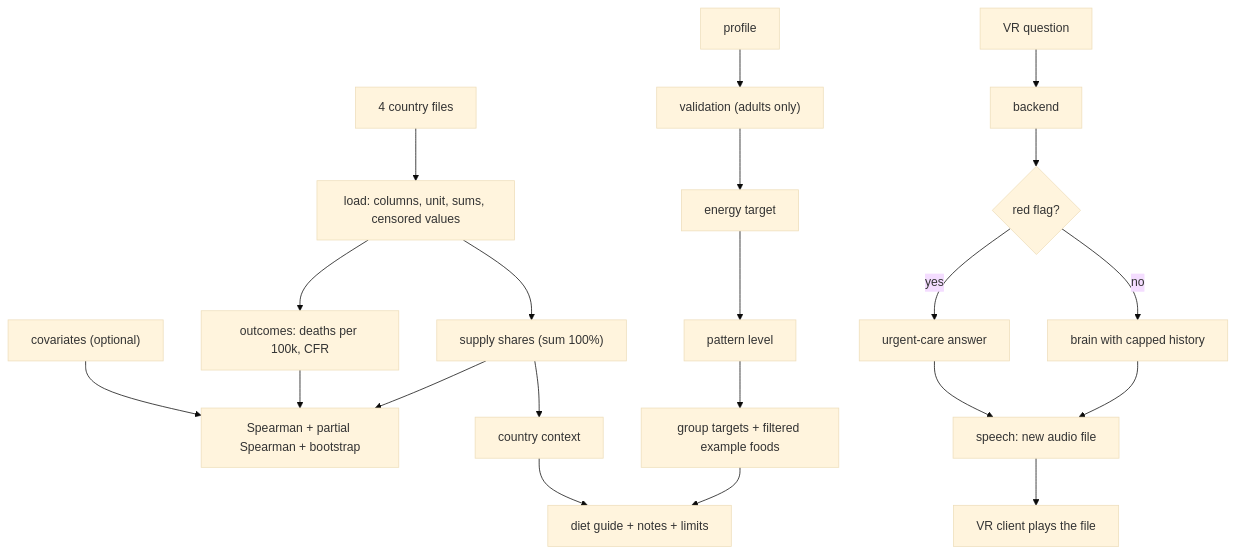
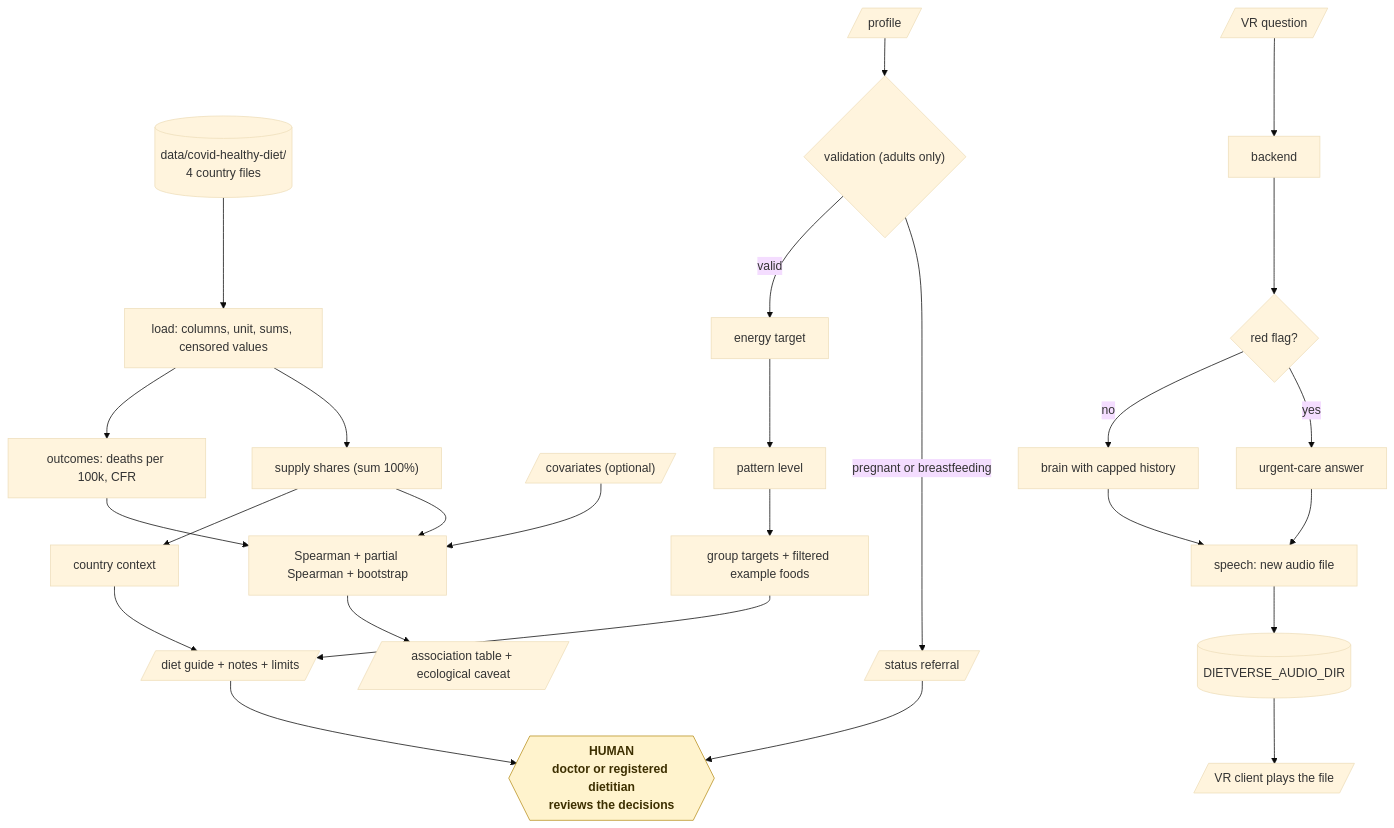
Before and after one commit to KrishnaAnnavaram/dietverse: the fifth of 17 diagrams in README.md, drawn with Mermaid (base theme). The commit also changed other lines of this file, not shown here.

Commit message:
Add the workflow diagrams to the README

````diff
--- a/README.md
+++ b/README.md
@@ -208,19 +279,28 @@
 ```mermaid
-flowchart TB
-    F["4 country files"] --> L["load: columns, unit, sums, censored values"]
+flowchart TD
+    F[("data/covid-healthy-diet/<br/>4 country files")] --> L["load: columns, unit, sums, censored values"]
     L --> SH["supply shares (sum 100%)"]
     L --> OC["outcomes: deaths per 100k, CFR"]
     SH --> AN["Spearman + partial Spearman + bootstrap"]
     OC --> AN
-    COV["covariates (optional)"] --> AN
-    P["profile"] --> V["validation (adults only)"] --> EN["energy target"] --> PL["pattern level"]
+    COV[/"covariates (optional)"/] --> AN
+    AN --> AT[/"association table + ecological caveat"/]
+    P[/"profile"/] --> V{"validation (adults only)"}
+    V -- "pregnant or breastfeeding" --> REF[/"status referral"/]
+    V -- "valid" --> EN["energy target"] --> PL["pattern level"]
     PL --> GT["group targets + filtered example foods"]
-    GT --> DG["diet guide + notes + limits"]
+    GT --> DG[/"diet guide + notes + limits"/]
     SH --> CC["country context"] --> DG
-    Q["VR question"] --> BE["backend"] --> RF{"red flag?"}
+    DG --> HUMAN{{"HUMAN<br/>doctor or registered dietitian<br/>reviews the decisions"}}
+    REF --> HUMAN
+    Q[/"VR question"/] --> BE["backend"] --> RF{"red flag?"}
     RF -->|"yes"| URG["urgent-care answer"]
     RF -->|"no"| BR["brain with capped history"]
     BR --> SP["speech: new audio file"]
     URG --> SP
-    SP --> VR["VR client plays the file"]
+    SP --> AUD[("DIETVERSE_AUDIO_DIR")]
+    AUD --> VR[/"VR client plays the file"/]
+
+    classDef human fill:#fff3cd,stroke:#b8901f,color:#3d2f00,font-weight:bold
+    class HUMAN human
 ```
````
